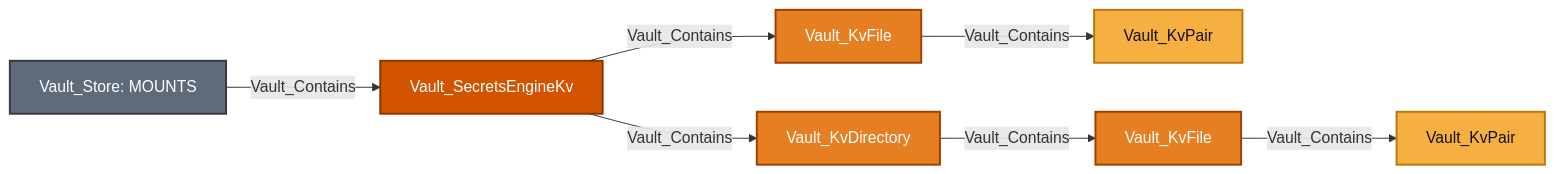
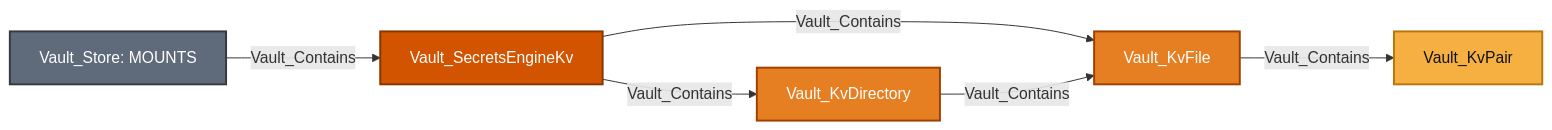
Diagram 12 of 27 in Documentation/stores/MOUNTS.md (bytewreck/opengraph-vault), drawn with Mermaid before and after one commit. The commit also changed other lines of this file and 4 other files, not shown here.

````diff
--- a/Documentation/stores/MOUNTS.md
+++ b/Documentation/stores/MOUNTS.md
@@ -656,14 +643,13 @@
 ```mermaid
 flowchart LR
     store[Vault_Store: MOUNTS]:::storeNode -->|Vault_Contains| mount[Vault_SecretsEngineKv]:::mountNode
     mount -->|Vault_Contains| D1[Vault_KvDirectory]:::kvObjectNode
     mount -->|Vault_Contains| F1[Vault_KvFile]:::kvObjectNode
     F1 -->|Vault_Contains| P1[Vault_KvPair]:::kvPairNode
-    D1 -->|Vault_Contains| F2[Vault_KvFile]:::kvObjectNode
-    F2 -->|Vault_Contains| P2[Vault_KvPair]:::kvPairNode
+    D1 -->|Vault_Contains| F1
 
     classDef storeNode fill:#5F6B7A,color:#fff,stroke:#343A40,stroke-width:2px
     classDef mountNode fill:#D35400,color:#fff,stroke:#873600,stroke-width:2px
     classDef kvObjectNode fill:#E67E22,color:#fff,stroke:#A04000,stroke-width:2px
     classDef kvPairNode fill:#F5B041,color:#111,stroke:#B9770E,stroke-width:2px
 ```
````
